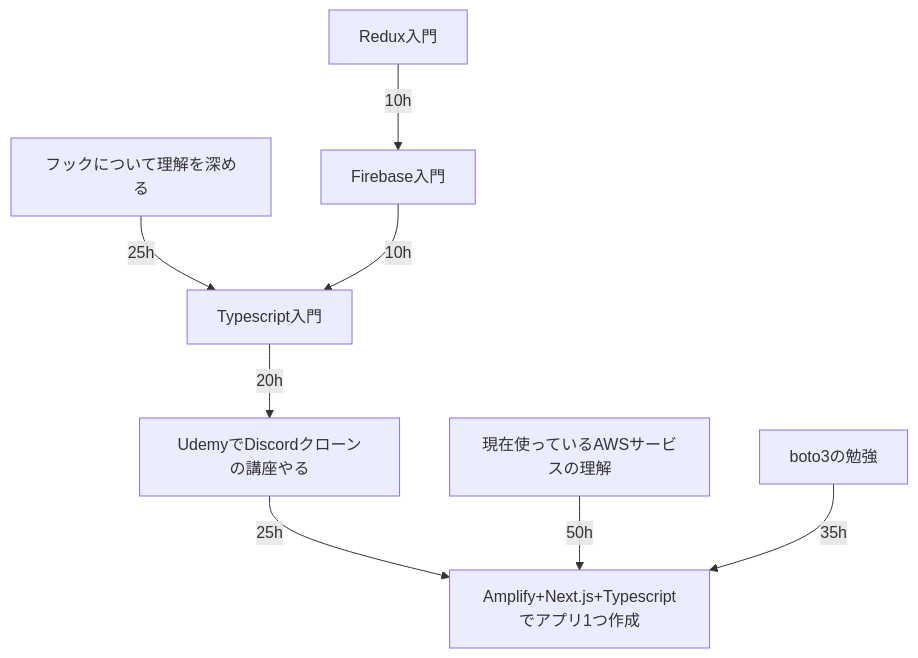
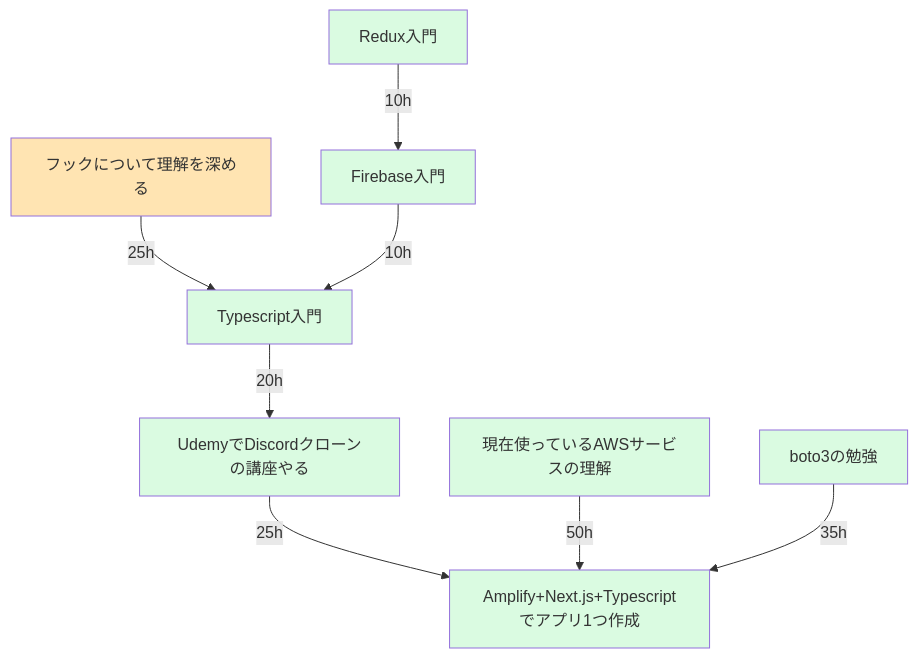
Before and after one commit to Toraneko0101/My_learning: the third of 4 diagrams in tools/learning_path.md, drawn with Mermaid. The commit also changed other lines of this file, not shown here.

Commit message:
todo inprogress等で色調整

````diff
--- a/tools/learning_path.md
+++ b/tools/learning_path.md
@@ -62,7 +64,10 @@
 ```mermaid
+
 graph TD
-フックについて理解を深める --> |25h| Typescript入門
-Redux入門 --> |10h| Firebase入門 --> |10h| Typescript入門 --> |20h| UdemyでDiscordクローンの講座やる --> |25h| Amplify+Next.js+Typescriptでアプリ1つ作成
-現在使っているAWSサービスの理解 --> |50h| Amplify+Next.js+Typescriptでアプリ1つ作成
-boto3の勉強　--> |35h| Amplify+Next.js+Typescriptでアプリ1つ作成
+  classDef todo fill:#dafbe1
+  classDef inProgress fill:orange,fill-opacity:0.3
+フックについて理解を深める:::inProgress --> |25h| Typescript入門:::todo
+Redux入門:::todo --> |10h| Firebase入門:::todo --> |10h| Typescript入門:::todo --> |20h| UdemyでDiscordクローンの講座やる:::todo --> |25h| Amplify+Next.js+Typescriptでアプリ1つ作成:::todo
+現在使っているAWSサービスの理解:::todo --> |50h| Amplify+Next.js+Typescriptでアプリ1つ作成:::todo
+boto3の勉強:::todo　--> |35h| Amplify+Next.js+Typescriptでアプリ1つ作成:::todo
 ```
````
